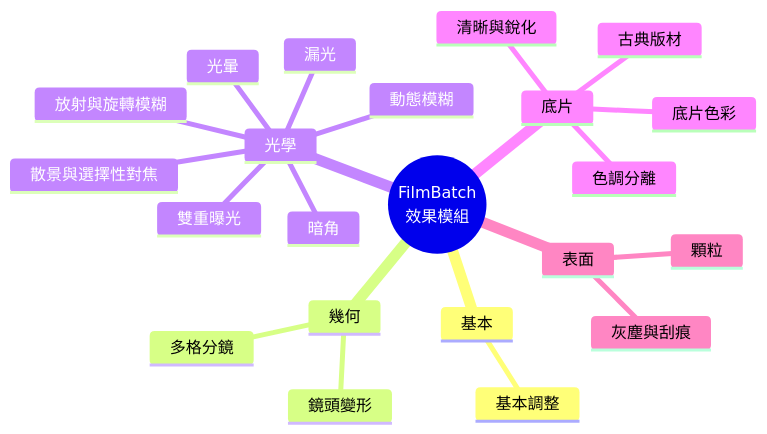
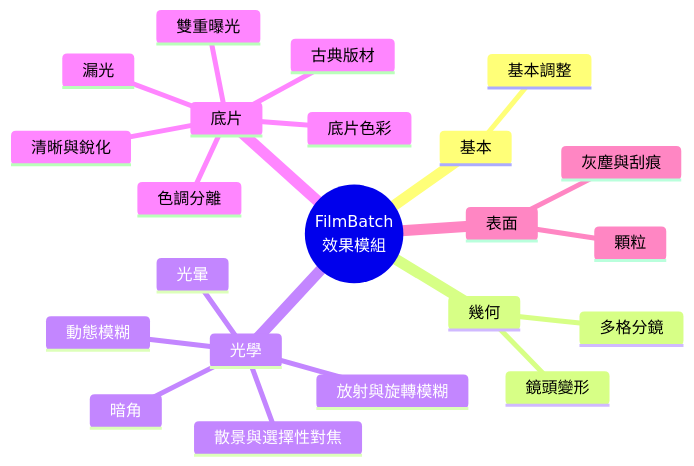
One commit to minexo79/FilmBatch changed diagram 14 of 24 in docs/plan.md. Above: the diagram before and after it, drawn with Mermaid. The commit also changed other lines of this file and 1 other file, not shown here.

````diff
--- a/docs/plan.md
+++ b/docs/plan.md
@@ -1067,25 +1067,25 @@
 ```mermaid
 mindmap
   root(("FilmBatch<br/>效果模組"))
     基本
       基本調整
     幾何
       鏡頭變形
       多格分鏡
     光學
-      雙重曝光
       散景與選擇性對焦
       放射與旋轉模糊
       動態模糊
       暗角
       光暈
+    底片
+      雙重曝光
       漏光
-    底片
       底片色彩
       古典版材
       色調分離
       清晰與銳化
     表面
       灰塵與刮痕
       顆粒
 ```
````
